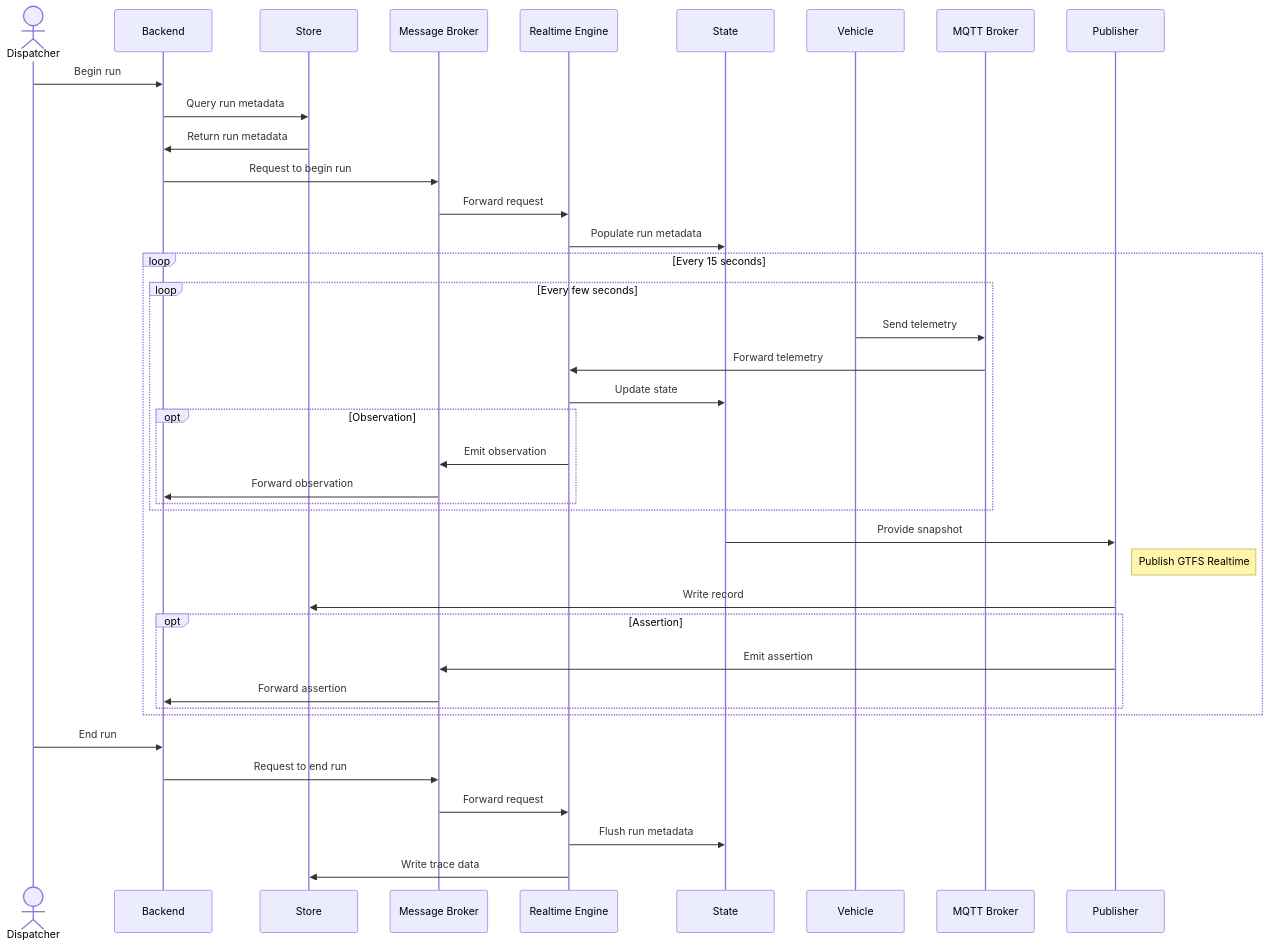
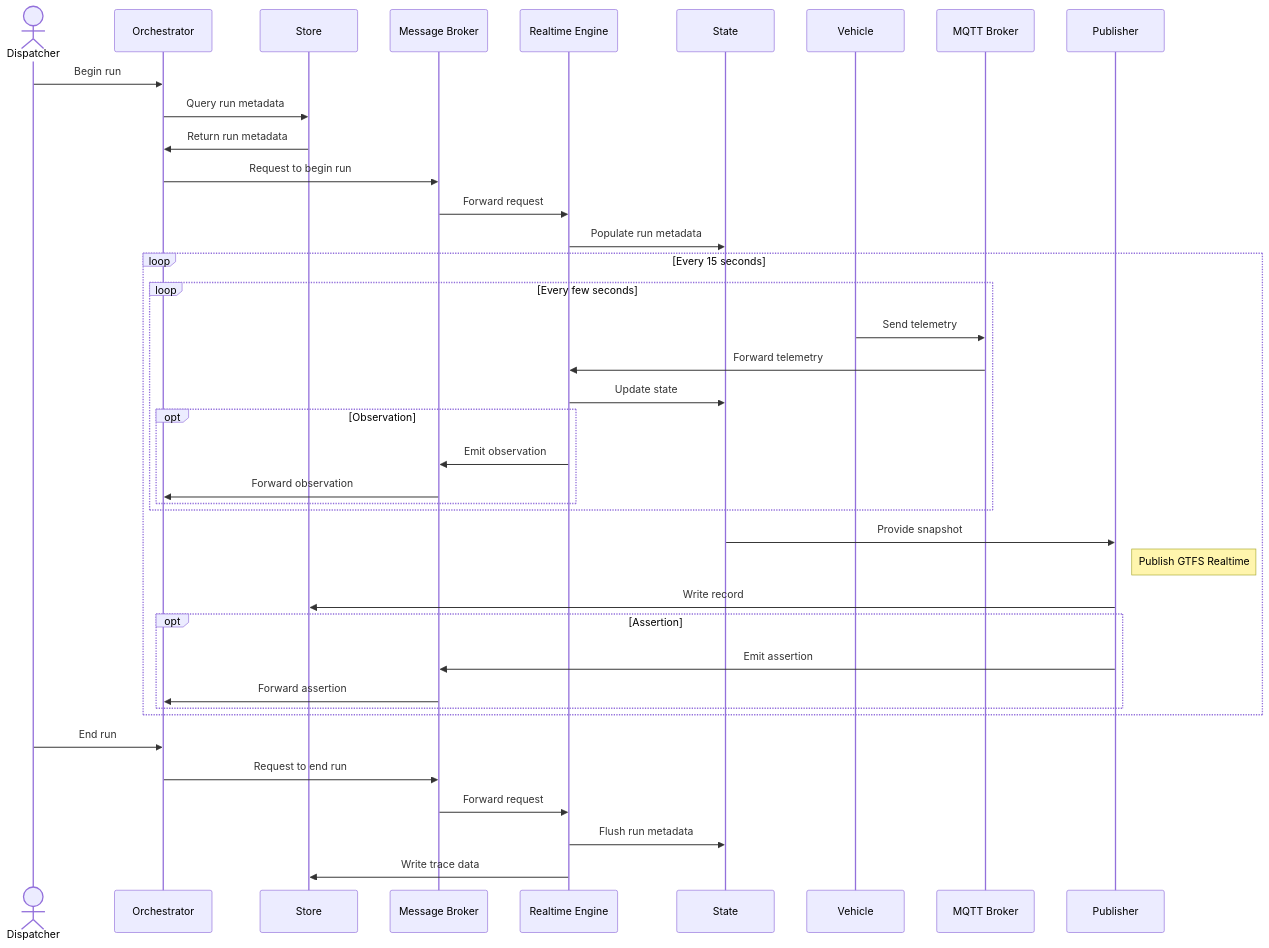
Before and after one commit to simovilab/databus: the second of 2 diagrams in ARCHITECTURE.md, drawn with Mermaid. The commit also changed other lines of this file and 235 other files, not shown here.

````diff
--- a/ARCHITECTURE.md
+++ b/ARCHITECTURE.md
@@ -287,42 +287,42 @@
 ```mermaid
 sequenceDiagram
     actor Dispatcher
-    participant Backend
+    participant Orchestrator
     participant Store
     participant Message Broker
     participant Realtime Engine
     participant State
     participant Vehicle
     participant MQTT Broker
     participant Publisher
 
-    Dispatcher->>Backend: Begin run
-    Backend->>Store: Query run metadata
-    Store->>Backend: Return run metadata
-    Backend->>Message Broker: Request to begin run
+    Dispatcher->>Orchestrator: Begin run
+    Orchestrator->>Store: Query run metadata
+    Store->>Orchestrator: Return run metadata
+    Orchestrator->>Message Broker: Request to begin run
     Message Broker->>Realtime Engine: Forward request
     Realtime Engine->>State: Populate run metadata
     loop Every 15 seconds
         loop Every few seconds
             Vehicle->>MQTT Broker: Send telemetry
             MQTT Broker->>Realtime Engine: Forward telemetry
             Realtime Engine->>State: Update state
             opt Observation
                 Realtime Engine->>Message Broker: Emit observation
-                Message Broker->>Backend: Forward observation
+                Message Broker->>Orchestrator: Forward observation
             end
         end
         State->>Publisher: Provide snapshot
         Note right of Publisher: Publish GTFS Realtime
         Publisher->>Store: Write record
         opt Assertion
             Publisher->>Message Broker: Emit assertion
-            Message Broker->>Backend: Forward assertion
+            Message Broker->>Orchestrator: Forward assertion
         end
     end
-    Dispatcher->>Backend: End run
-    Backend->>Message Broker: Request to end run
+    Dispatcher->>Orchestrator: End run
+    Orchestrator->>Message Broker: Request to end run
     Message Broker->>Realtime Engine: Forward request
     Realtime Engine->>State: Flush run metadata
     Realtime Engine->>Store: Write trace data
 ```
````
